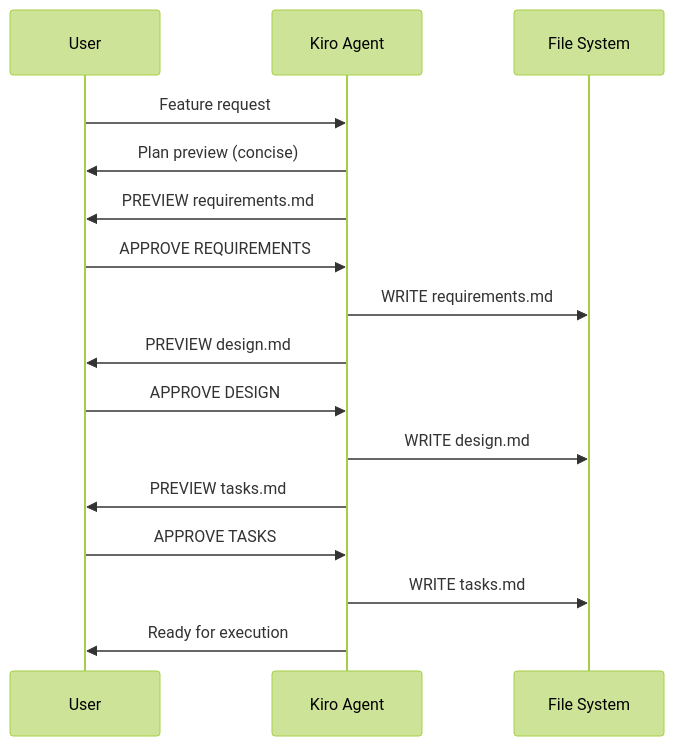
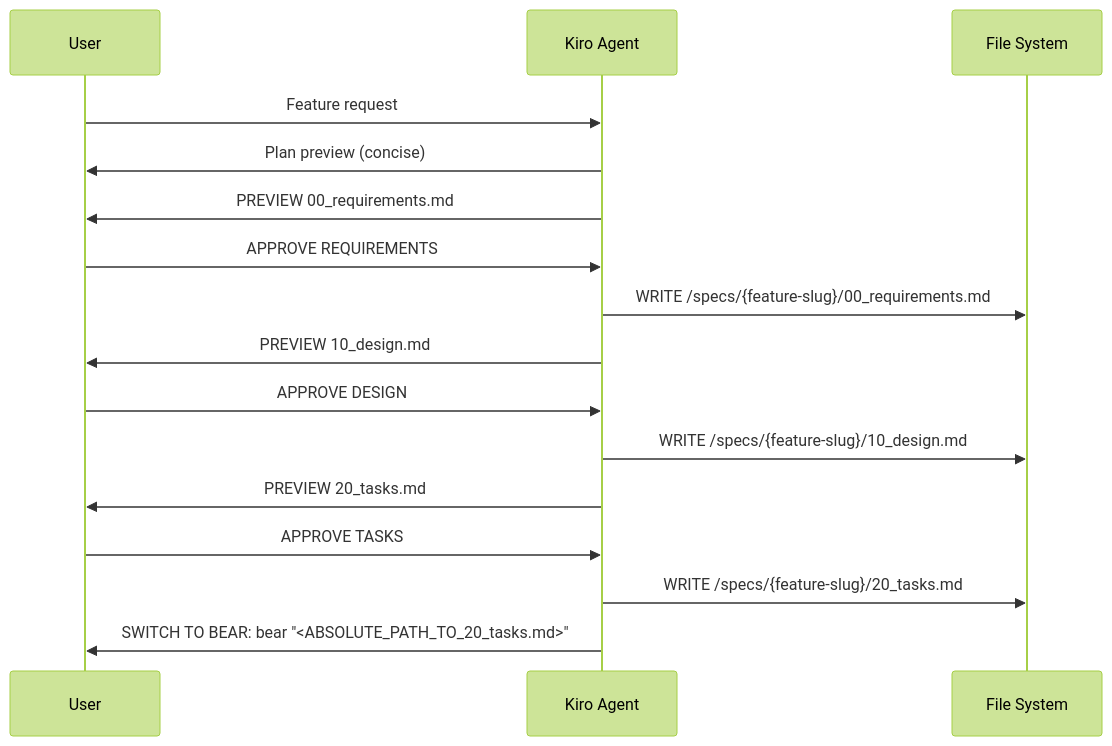
The first of 2 diagrams in README.md (bizzkoot/Codex-CLI_Kiro-Bear-Profiles), drawn with Mermaid (forest theme) before and after one commit. The commit also changed other lines of this file and 2 other files, not shown here.

````diff
--- a/README.md
+++ b/README.md
@@ -237,22 +222,22 @@
 ```mermaid
 sequenceDiagram
     participant U as User
     participant K as Kiro Agent
     participant F as File System
 
     U->>K: Feature request
     K->>U: Plan preview (concise)
-    K->>U: PREVIEW requirements.md
+    K->>U: PREVIEW 00_requirements.md
     U->>K: APPROVE REQUIREMENTS
-    K->>F: WRITE requirements.md
+    K->>F: WRITE /specs/{feature-slug}/00_requirements.md
     
-    K->>U: PREVIEW design.md  
+    K->>U: PREVIEW 10_design.md  
     U->>K: APPROVE DESIGN
-    K->>F: WRITE design.md
+    K->>F: WRITE /specs/{feature-slug}/10_design.md
     
-    K->>U: PREVIEW tasks.md
+    K->>U: PREVIEW 20_tasks.md
     U->>K: APPROVE TASKS  
-    K->>F: WRITE tasks.md
+    K->>F: WRITE /specs/{feature-slug}/20_tasks.md
     
-    K->>U: Ready for execution
+    K->>U: SWITCH TO BEAR: bear "<ABSOLUTE_PATH_TO_20_tasks.md>"
 ```
````
